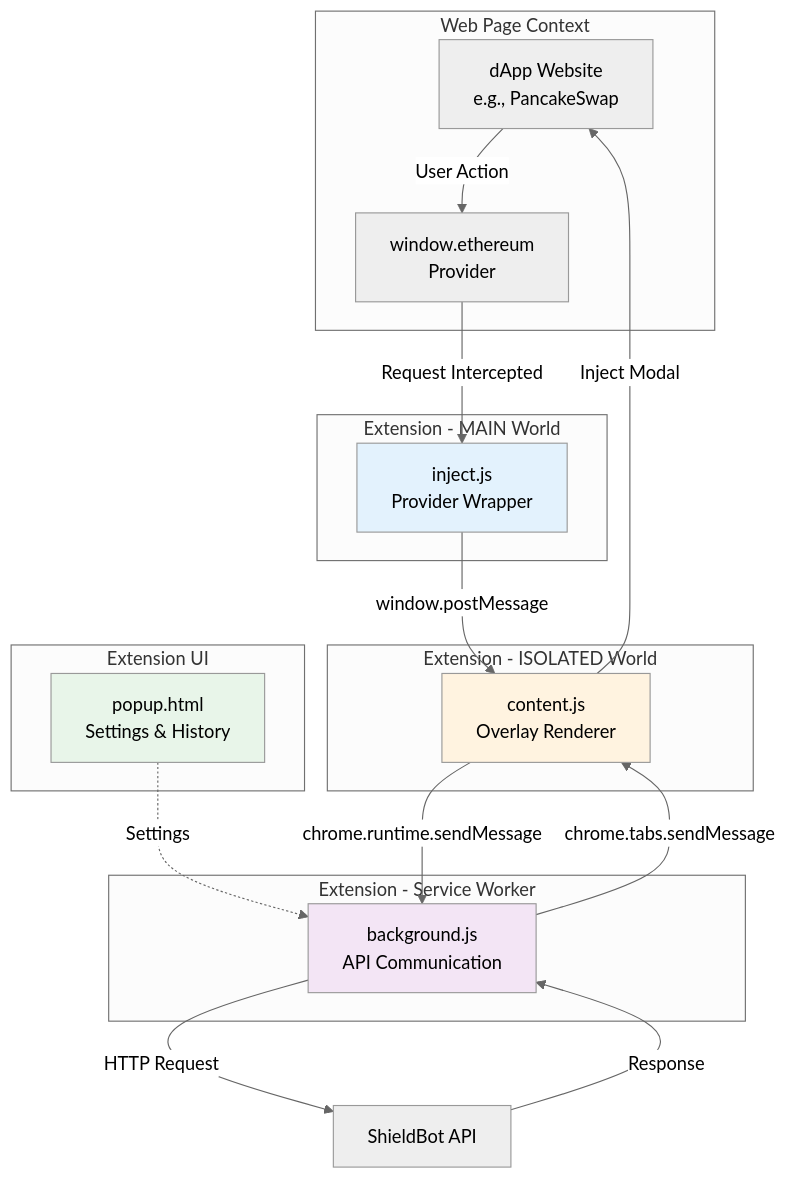
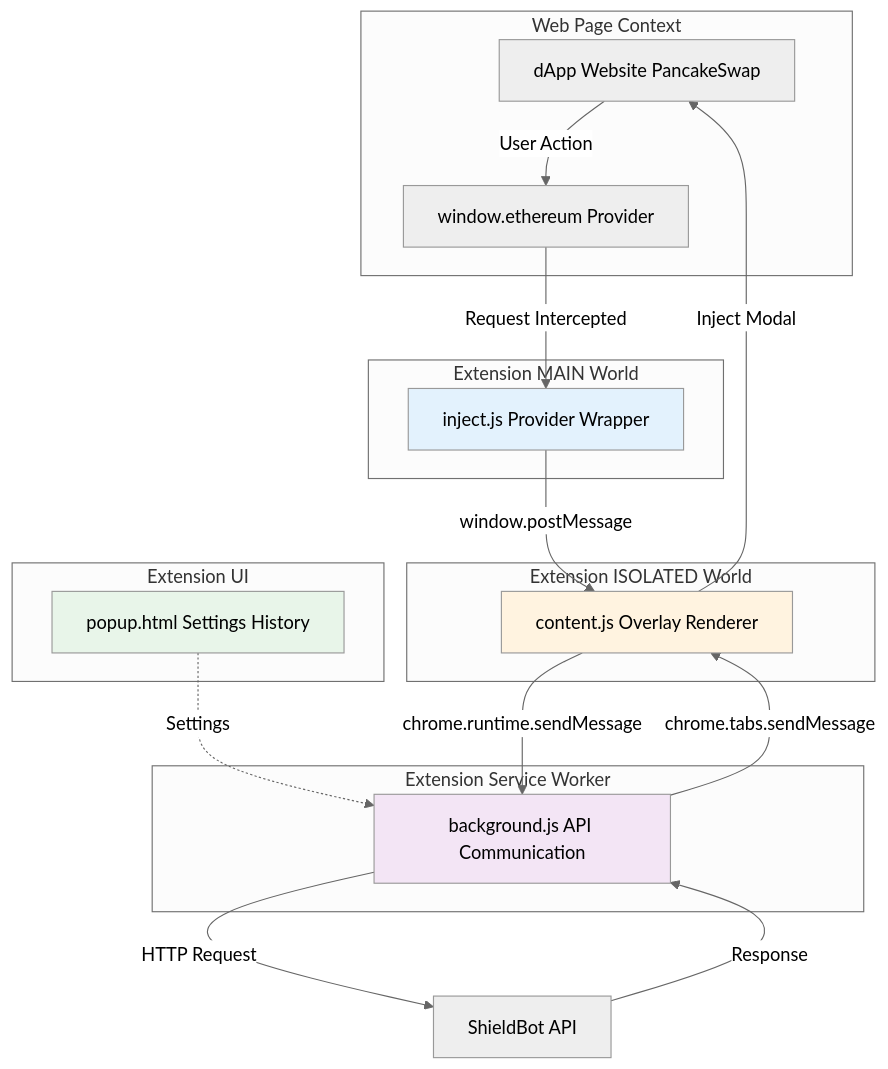
The fourth of 6 diagrams in docs/ARCHITECTURE_DIAGRAM.md (Ridwannurudeen/shieldbot), drawn with Mermaid (neutral theme) before and after one commit. The commit also changed other lines of this file, not shown here.

Commit message:
Fix Mermaid diagram rendering errors

````diff
--- a/docs/ARCHITECTURE_DIAGRAM.md
+++ b/docs/ARCHITECTURE_DIAGRAM.md
@@ -202,39 +202,39 @@
 ```mermaid
 graph TB
     subgraph "Web Page Context"
-        A[dApp Website<br/>e.g., PancakeSwap]
-        B[window.ethereum<br/>Provider]
+        A[dApp Website PancakeSwap]
+        B[window.ethereum Provider]
     end
 
-    subgraph "Extension - MAIN World"
-        C[inject.js<br/>Provider Wrapper]
+    subgraph "Extension MAIN World"
+        C[inject.js Provider Wrapper]
     end
 
-    subgraph "Extension - ISOLATED World"
-        D[content.js<br/>Overlay Renderer]
+    subgraph "Extension ISOLATED World"
+        D[content.js Overlay Renderer]
     end
 
-    subgraph "Extension - Service Worker"
-        E[background.js<br/>API Communication]
+    subgraph "Extension Service Worker"
+        E[background.js API Communication]
     end
 
     subgraph "Extension UI"
-        F[popup.html<br/>Settings & History]
+        F[popup.html Settings History]
     end
 
     A -->|User Action| B
     B -->|Request Intercepted| C
     C -->|window.postMessage| D
     D -->|chrome.runtime.sendMessage| E
     E -->|HTTP Request| G[ShieldBot API]
     G -->|Response| E
     E -->|chrome.tabs.sendMessage| D
     D -->|Inject Modal| A
 
     F -.->|Settings| E
 
     style C fill:#e3f2fd
     style D fill:#fff3e0
     style E fill:#f3e5f5
     style F fill:#e8f5e9
 ```
````
